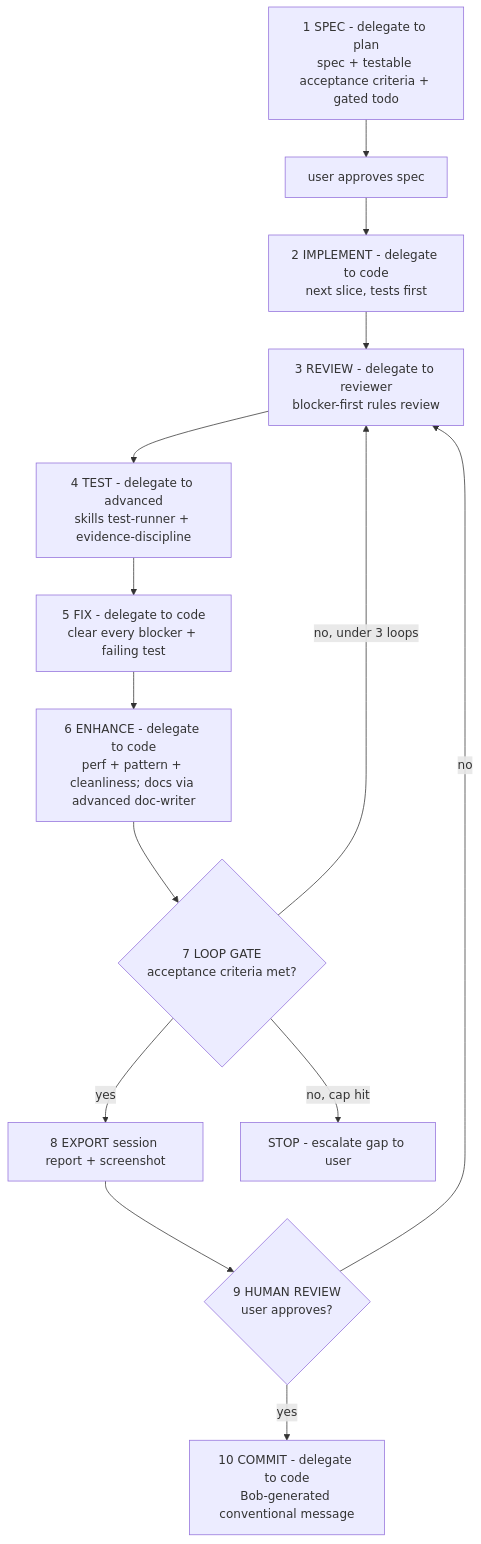
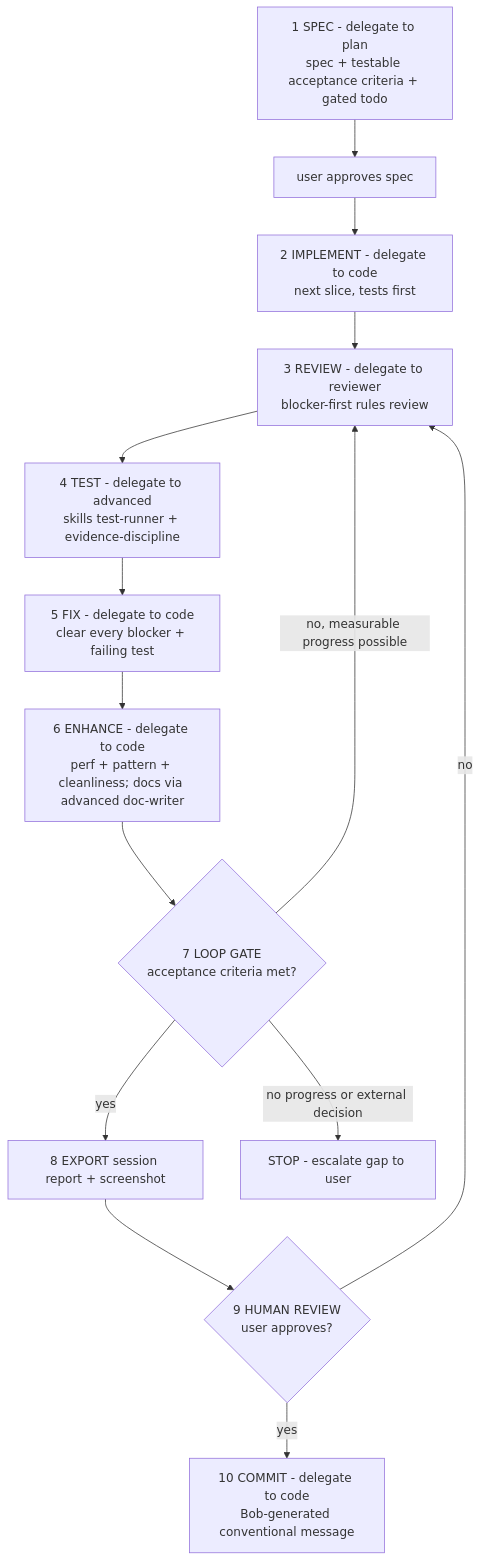
One commit to chirombokent/oss-preflight changed the diagram in docs/bob-build-guide.md. Above: the diagram before and after it, drawn with Mermaid. The commit also changed other lines of this file and 12 other files, not shown here.

````diff
--- a/docs/bob-build-guide.md
+++ b/docs/bob-build-guide.md
@@ -137,20 +141,20 @@
 ```mermaid
 flowchart TD
     A[1 SPEC - delegate to plan<br/>spec + testable acceptance criteria + gated todo]
     B[user approves spec]
     C[2 IMPLEMENT - delegate to code<br/>next slice, tests first]
     D[3 REVIEW - delegate to reviewer<br/>blocker-first rules review]
     E[4 TEST - delegate to advanced<br/>skills test-runner + evidence-discipline]
     F[5 FIX - delegate to code<br/>clear every blocker + failing test]
     G[6 ENHANCE - delegate to code<br/>perf + pattern + cleanliness; docs via advanced doc-writer]
     H{7 LOOP GATE<br/>acceptance criteria met?}
     I[8 EXPORT session report + screenshot]
     J{9 HUMAN REVIEW<br/>user approves?}
     K[10 COMMIT - delegate to code<br/>Bob-generated conventional message]
     A --> B --> C --> D --> E --> F --> G --> H
-    H -- no, under 3 loops --> D
-    H -- no, cap hit --> Esc[STOP - escalate gap to user]
+    H -- no, measurable progress possible --> D
+    H -- no progress or external decision --> Esc[STOP - escalate gap to user]
     H -- yes --> I --> J
     J -- no --> D
     J -- yes --> K
 ```
````
